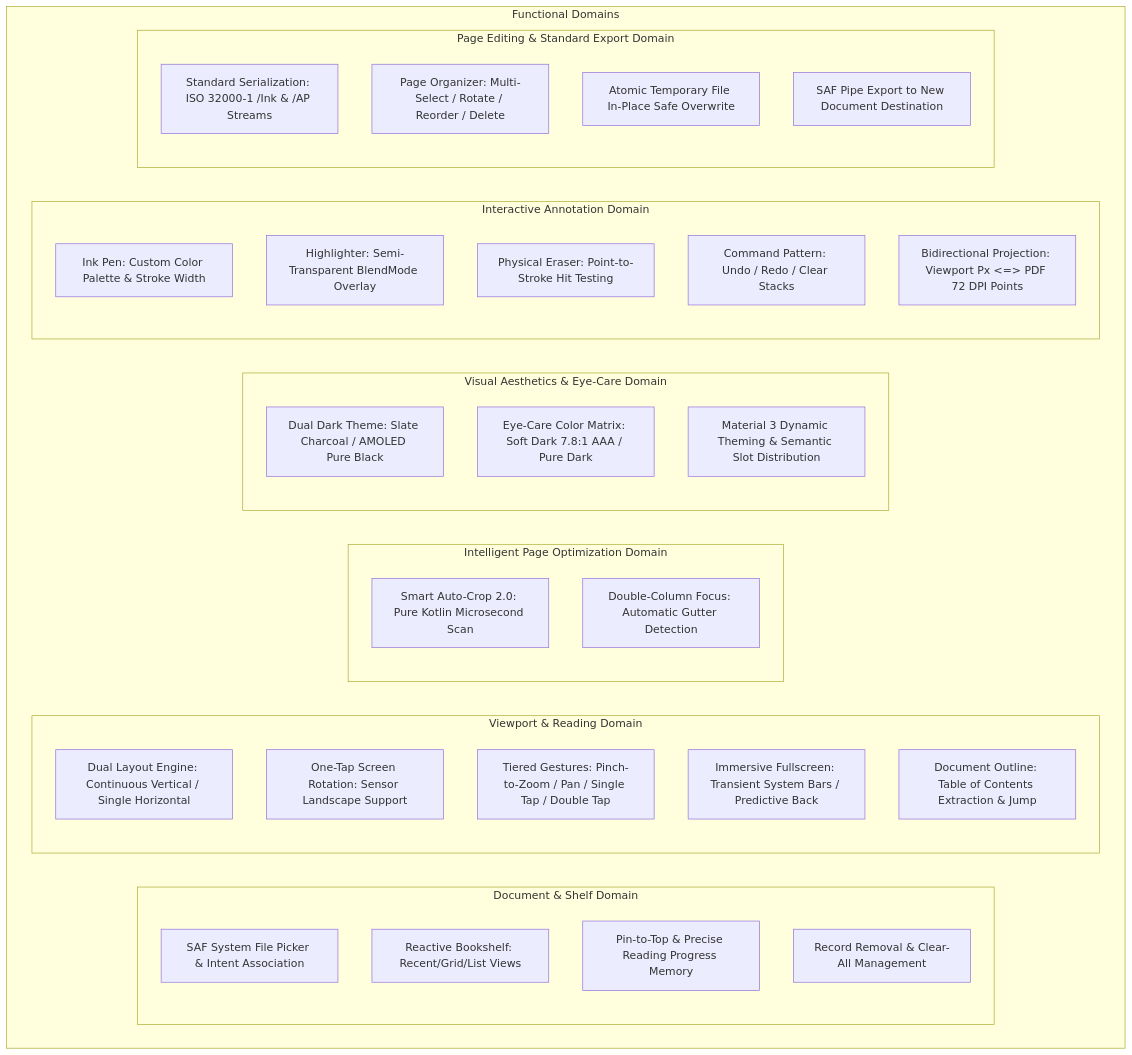
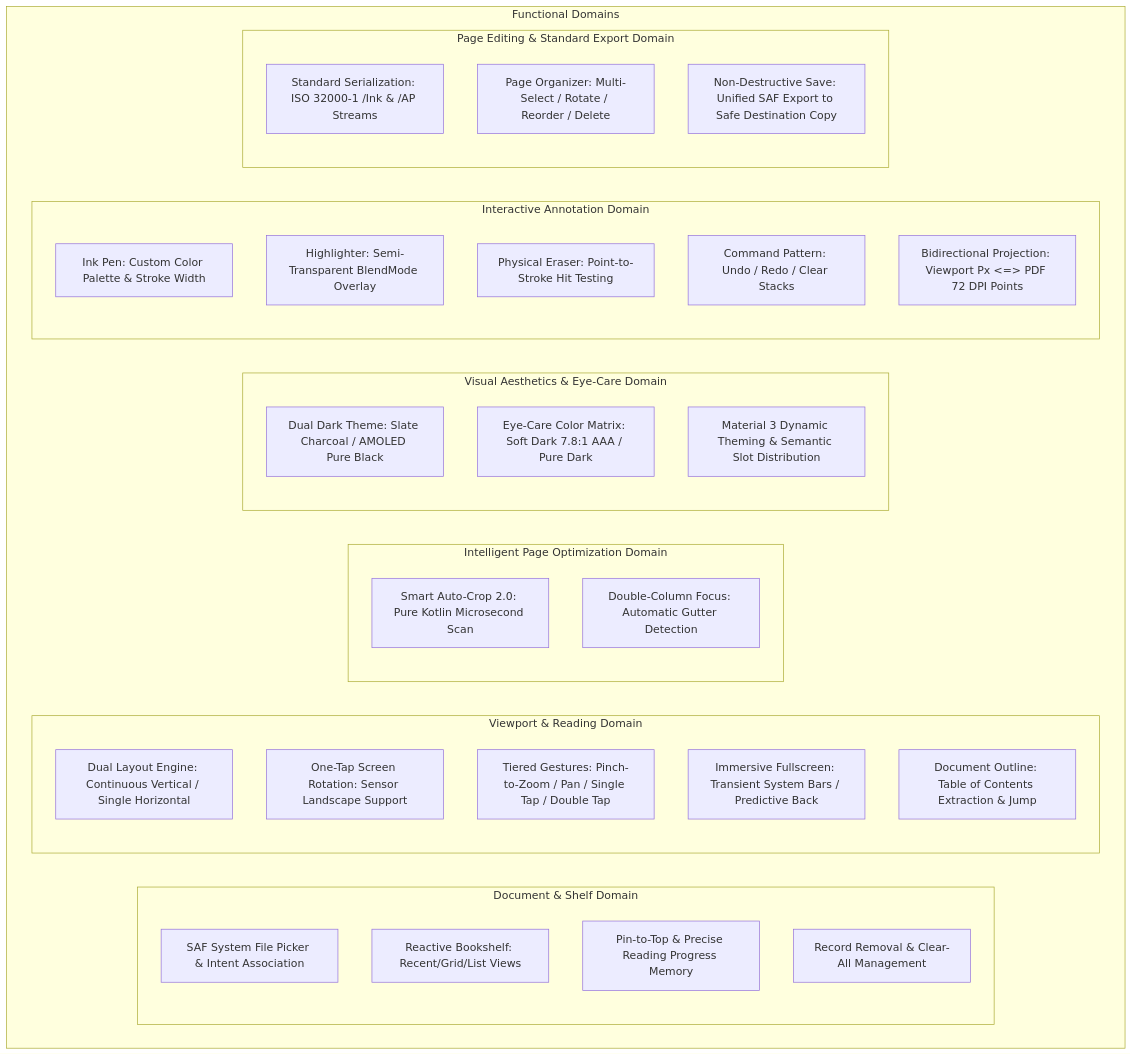
Before and after one commit to eddyflame/lumina: the first of 3 diagrams in doc/DESIGN_EN.md, drawn with Mermaid. The commit also changed other lines of this file and 6 other files, not shown here.

First line of the commit message:
feat(viewer): enforce non-destructive save-as and add about app dialog

````diff
--- a/doc/DESIGN_EN.md
+++ b/doc/DESIGN_EN.md
@@ -34,45 +34,44 @@
 ```mermaid
 graph TD
     subgraph Functional Domains
         subgraph Document & Shelf Domain
             F_SAF[SAF System File Picker & Intent Association]
             F_Shelf[Reactive Bookshelf: Recent/Grid/List Views]
             F_Pin[Pin-to-Top & Precise Reading Progress Memory]
             F_Clean[Record Removal & Clear-All Management]
         end
 
         subgraph Viewport & Reading Domain
             F_Layout[Dual Layout Engine: Continuous Vertical / Single Horizontal]
             F_Orientation[One-Tap Screen Rotation: Sensor Landscape Support]
             F_Gesture[Tiered Gestures: Pinch-to-Zoom / Pan / Single Tap / Double Tap]
             F_Immersion[Immersive Fullscreen: Transient System Bars / Predictive Back]
             F_Outline[Document Outline: Table of Contents Extraction & Jump]
         end
 
         subgraph Intelligent Page Optimization Domain
             F_Crop[Smart Auto-Crop 2.0: Pure Kotlin Microsecond Scan]
             F_Column[Double-Column Focus: Automatic Gutter Detection]
         end
 
         subgraph Visual Aesthetics & Eye-Care Domain
             F_DarkTheme[Dual Dark Theme: Slate Charcoal / AMOLED Pure Black]
             F_ColorFilter[Eye-Care Color Matrix: Soft Dark 7.8:1 AAA / Pure Dark]
             F_M3Tokens[Material 3 Dynamic Theming & Semantic Slot Distribution]
         end
 
         subgraph Interactive Annotation Domain
             F_Pen[Ink Pen: Custom Color Palette & Stroke Width]
             F_Highlighter[Highlighter: Semi-Transparent BlendMode Overlay]
             F_Eraser[Physical Eraser: Point-to-Stroke Hit Testing]
             F_UndoRedo[Command Pattern: Undo / Redo / Clear Stacks]
             F_CoordTrans[Bidirectional Projection: Viewport Px <=> PDF 72 DPI Points]
         end
 
         subgraph Page Editing & Standard Export Domain
             F_ExportAnnot[Standard Serialization: ISO 32000-1 /Ink & /AP Streams]
             F_PageOrganize[Page Organizer: Multi-Select / Rotate / Reorder / Delete]
-            F_SaveInPlace[Atomic Temporary File In-Place Safe Overwrite]
-            F_SaveAs[SAF Pipe Export to New Document Destination]
+            F_SaveAs[Non-Destructive Save: Unified SAF Export to Safe Destination Copy]
         end
     end
 ```
````
